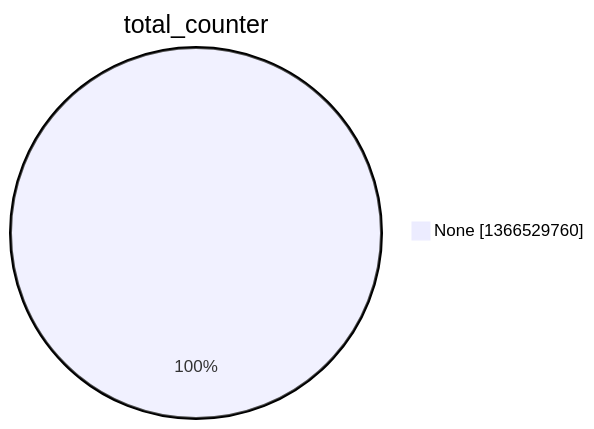
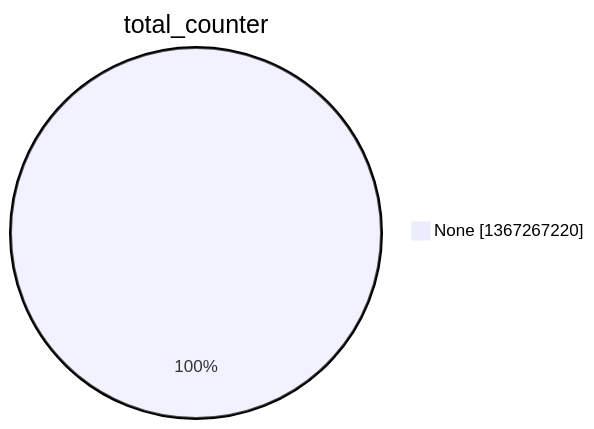
One commit to christiankrug/ctmonitor_visualization changed the second of 15 diagrams in argon2022/README.md. Above: the diagram before and after it, drawn with Mermaid. The commit also changed other lines of this file, not shown here.

````diff
--- a/argon2022/README.md
+++ b/argon2022/README.md
@@ -9,5 +9,5 @@
 ```mermaid
 pie showData
 title total_counter
-"None" :1366529760
+"None" :1367267220
 ```
````
